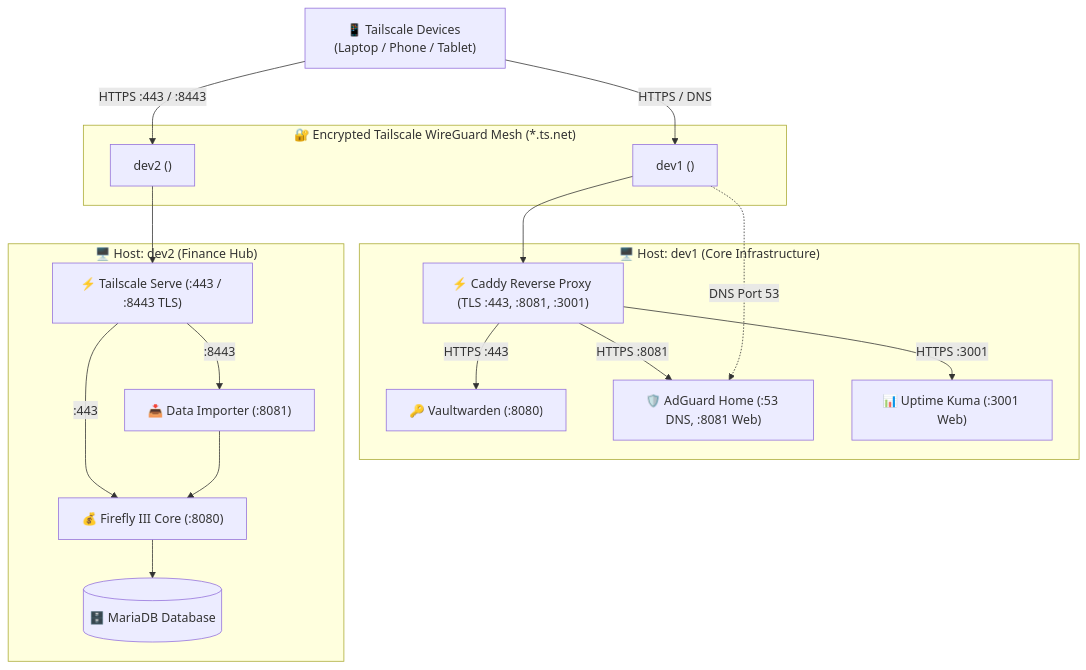
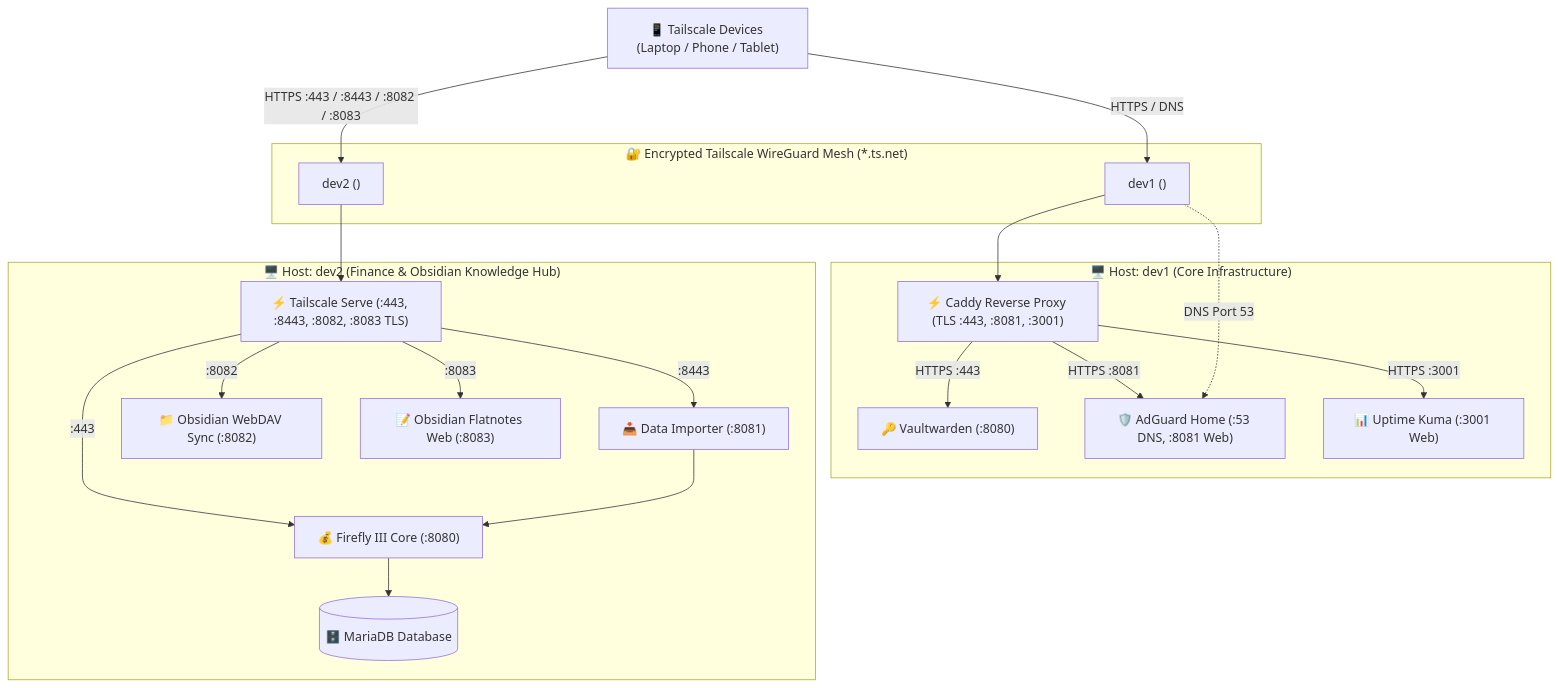
The diagram in README.md (sanjay-namdeo/homelab), drawn with Mermaid before and after one commit. The commit also changed other lines of this file and 7 other files, not shown here.

Commit message:
feat(dev2): add Obsidian WebDAV sync and Flatnotes web editor stack

````diff
--- a/README.md
+++ b/README.md
@@ -9,37 +9,41 @@
 ```mermaid
 graph TD
     Client["📱 Tailscale Devices (Laptop / Phone / Tablet)"]
 
     subgraph TailscaleMesh ["🔐 Encrypted Tailscale WireGuard Mesh (*.ts.net)"]
         TS1["dev1 (<dev1-tailscale-ip>)"]
         TS2["dev2 (<dev2-tailscale-ip>)"]
     end
 
     subgraph HostDev1 ["🖥️ Host: dev1 (Core Infrastructure)"]
         Caddy["⚡ Caddy Reverse Proxy (TLS :443, :8081, :3001)"]
         VW["🔑 Vaultwarden (:8080)"]
         AG["🛡️ AdGuard Home (:53 DNS, :8081 Web)"]
         UK["📊 Uptime Kuma (:3001 Web)"]
     end
 
-    subgraph HostDev2 ["🖥️ Host: dev2 (Finance Hub)"]
-        TS_Serve["⚡ Tailscale Serve (:443 / :8443 TLS)"]
+    subgraph HostDev2 ["🖥️ Host: dev2 (Finance & Obsidian Knowledge Hub)"]
+        TS_Serve["⚡ Tailscale Serve (:443, :8443, :8082, :8083 TLS)"]
         FF["💰 Firefly III Core (:8080)"]
         FDI["📥 Data Importer (:8081)"]
+        ObsDAV["📁 Obsidian WebDAV Sync (:8082)"]
+        ObsWeb["📝 Obsidian Flatnotes Web (:8083)"]
         DB[("🗄️ MariaDB Database")]
     end
 
     Client -->|HTTPS / DNS| TS1
     TS1 --> Caddy
     Caddy -->|HTTPS :443| VW
     Caddy -->|HTTPS :8081| AG
     Caddy -->|HTTPS :3001| UK
     TS1 -.->|DNS Port 53| AG
 
-    Client -->|HTTPS :443 / :8443| TS2
+    Client -->|HTTPS :443 / :8443 / :8082 / :8083| TS2
     TS2 --> TS_Serve
     TS_Serve -->|:443| FF
     TS_Serve -->|:8443| FDI
+    TS_Serve -->|:8082| ObsDAV
+    TS_Serve -->|:8083| ObsWeb
     FF --> DB
     FDI --> FF
 ```
````
